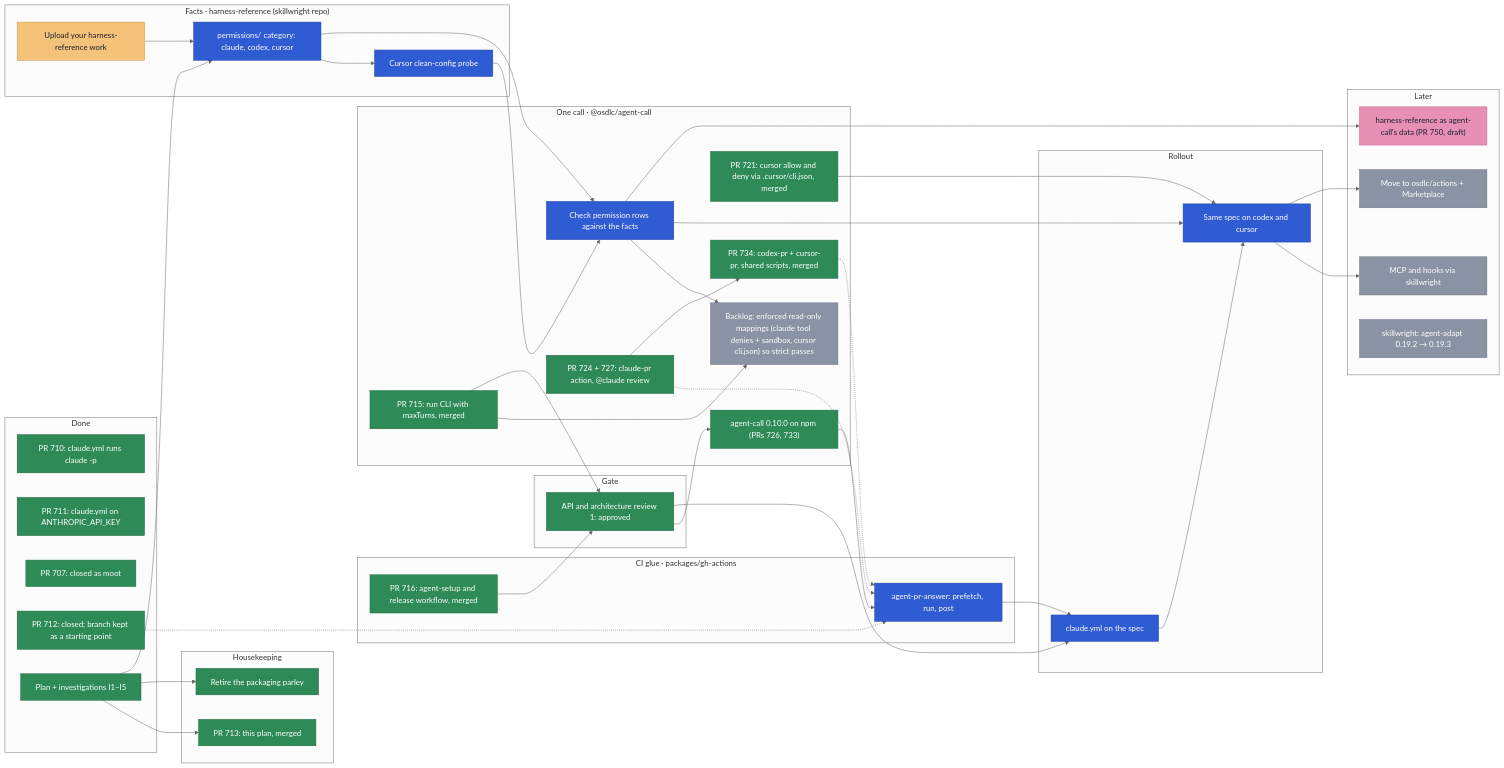
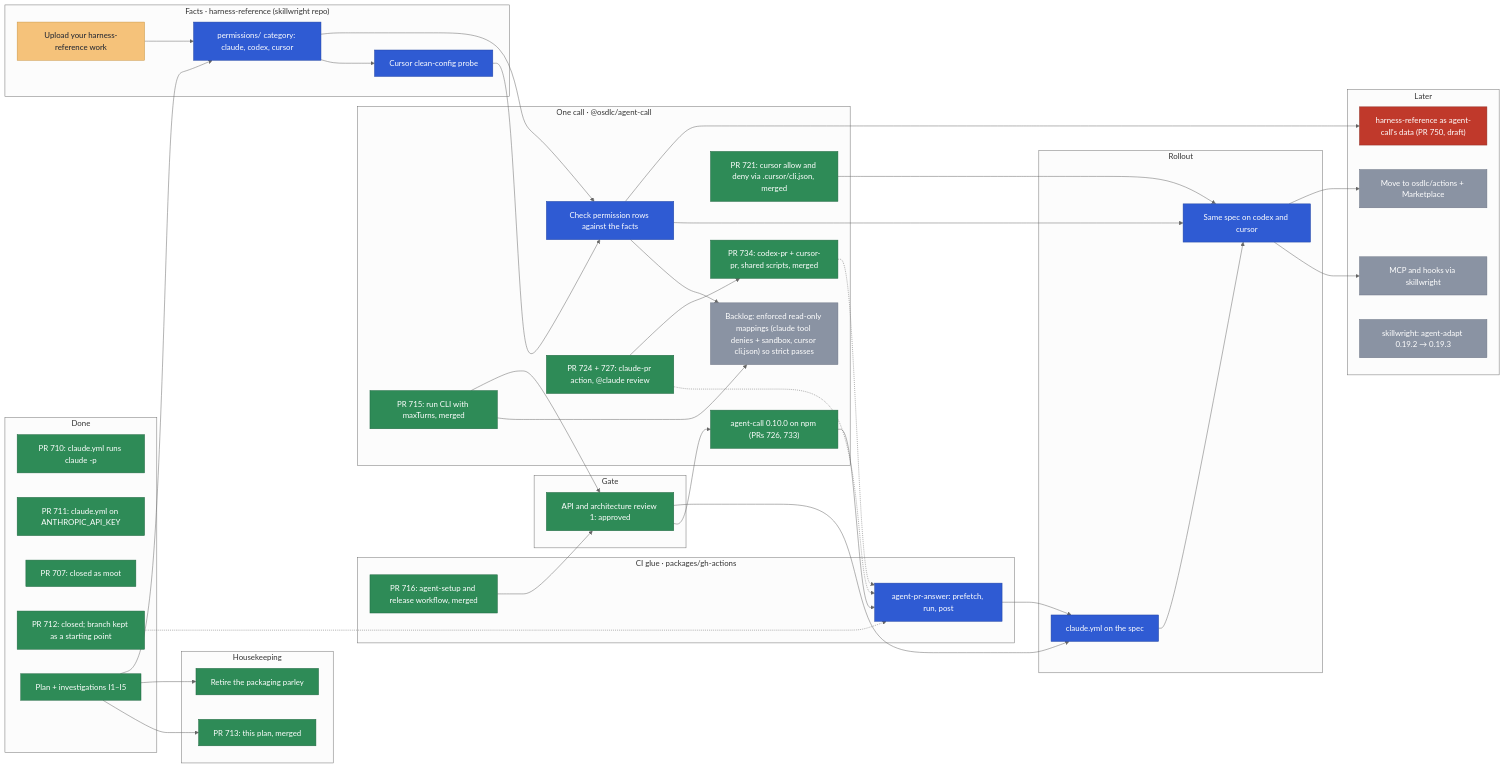
The diagram in docs/planning/agent-ci.md (osdlc/osdlc), drawn with Mermaid (neutral theme) before and after one commit. The commit also changed other lines of this file, not shown here.

````diff
--- a/docs/planning/agent-ci.md
+++ b/docs/planning/agent-ci.md
@@ -125,5 +125,5 @@
   class REL done
   class CUR done
   class MCP,PUB,PIN,STRICT later
-  class DATA external
+  class DATA blocked
 ```
````
